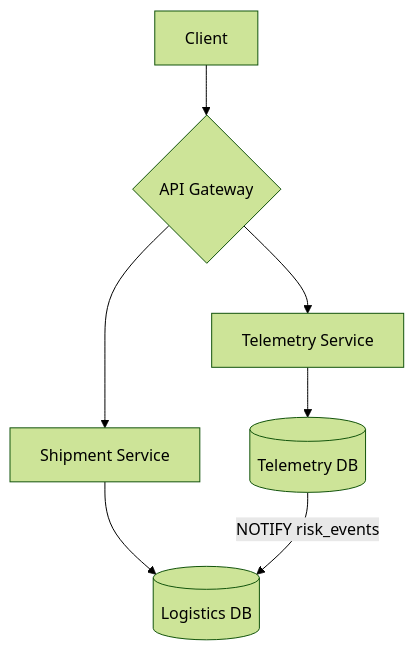
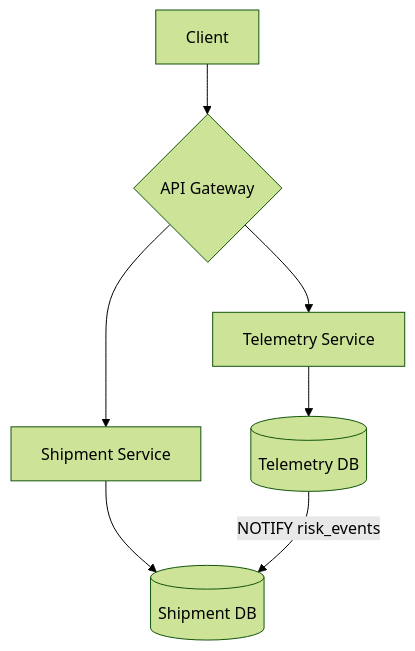
Before and after one commit to BadrChoubai/logistics-microservices: the first of 3 diagrams in ARCHITECTURE.md, drawn with Mermaid (forest theme). The commit also changed other lines of this file and 3 other files, not shown here.

````diff
--- a/ARCHITECTURE.md
+++ b/ARCHITECTURE.md
@@ -122,7 +122,7 @@
 ```mermaid
 flowchart TD
     A[Client] --> B{API Gateway}
-    B --> C[Shipment Service] --> D[(Logistics DB)]
+    B --> C[Shipment Service] --> D[(Shipment DB)]
     B --> G[Telemetry Service] --> H[(Telemetry DB)]
     H -->|NOTIFY risk_events| D
 ```
````
